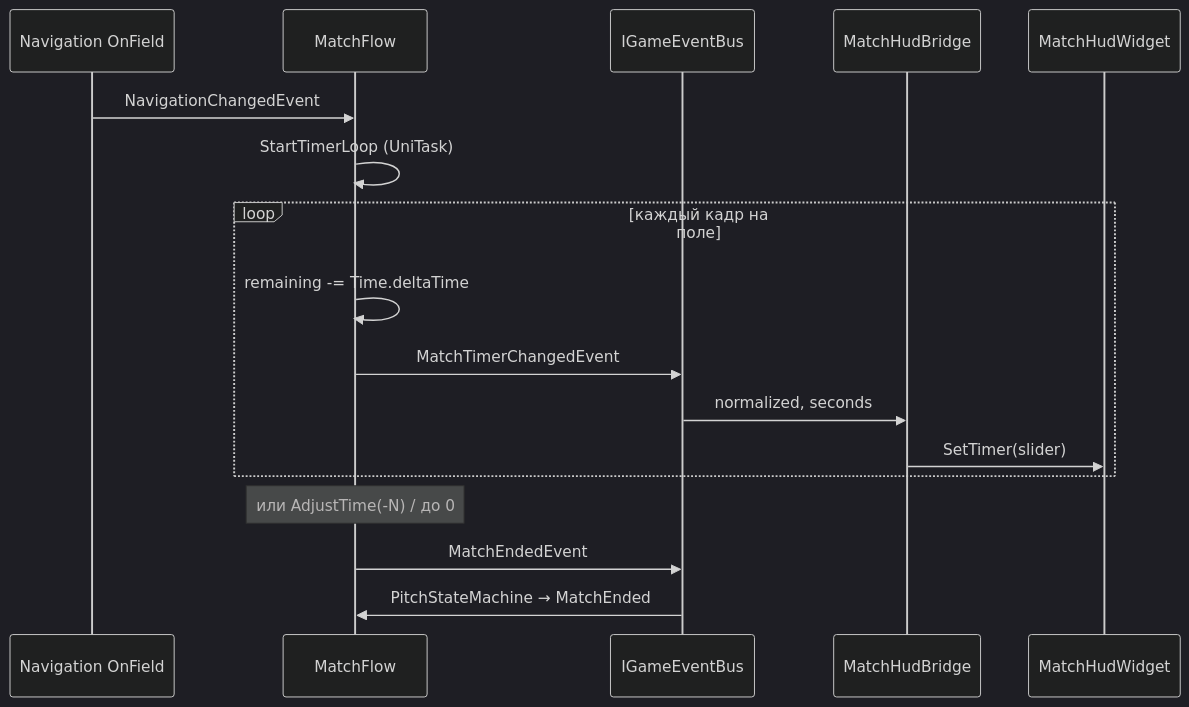
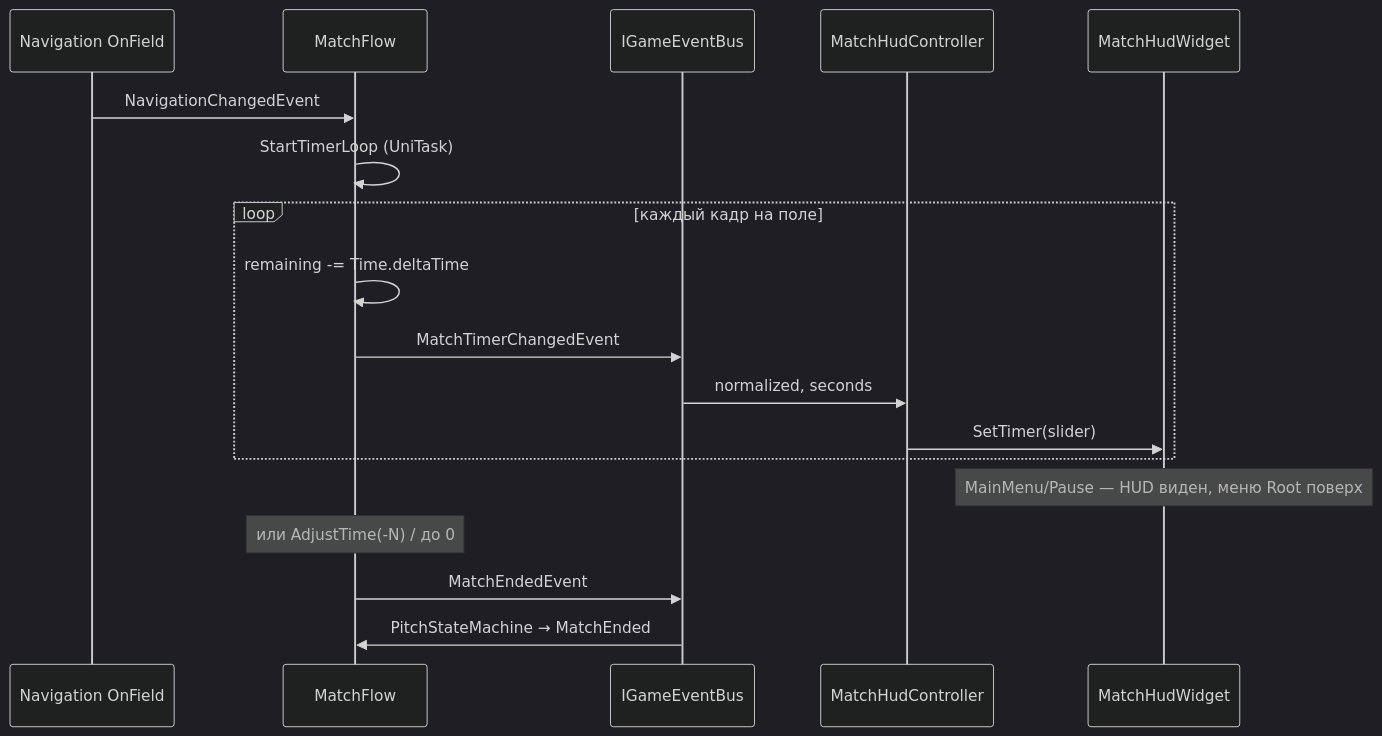
One commit to DeployChef/Futboloid changed the first of 3 diagrams in Wiki/FutboloidWiki/Архитектура/MatchFlow и таймер.md. Above: the diagram before and after it, drawn with Mermaid (dark theme). The commit also changed other lines of this file and 6 other files, not shown here.

````diff
--- a/Wiki/FutboloidWiki/Архитектура/MatchFlow и таймер.md
+++ b/Wiki/FutboloidWiki/Архитектура/MatchFlow и таймер.md
@@ -51,22 +51,24 @@
 ```mermaid
 sequenceDiagram
     participant Nav as Navigation OnField
     participant MF as MatchFlow
     participant Bus as IGameEventBus
-    participant Bridge as MatchHudBridge
+    participant Ctrl as MatchHudController
     participant HUD as MatchHudWidget
 
     Nav->>MF: NavigationChangedEvent
     MF->>MF: StartTimerLoop (UniTask)
 
     loop каждый кадр на поле
         MF->>MF: remaining -= Time.deltaTime
         MF->>Bus: MatchTimerChangedEvent
-        Bus->>Bridge: normalized, seconds
-        Bridge->>HUD: SetTimer(slider)
+        Bus->>Ctrl: normalized, seconds
+        Ctrl->>HUD: SetTimer(slider)
     end
+
+    Note over HUD: MainMenu/Pause — HUD виден, меню Root поверх
 
     Note over MF: или AdjustTime(-N) / до 0
     MF->>Bus: MatchEndedEvent
     Bus->>MF: PitchStateMachine → MatchEnded
 ```
````
